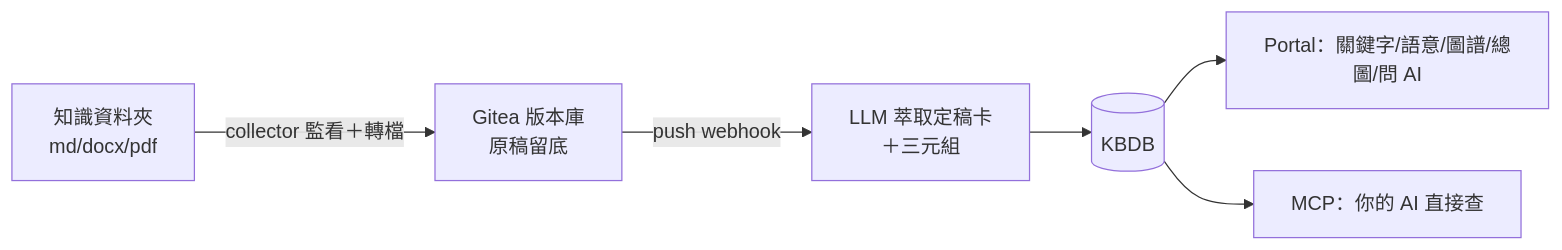
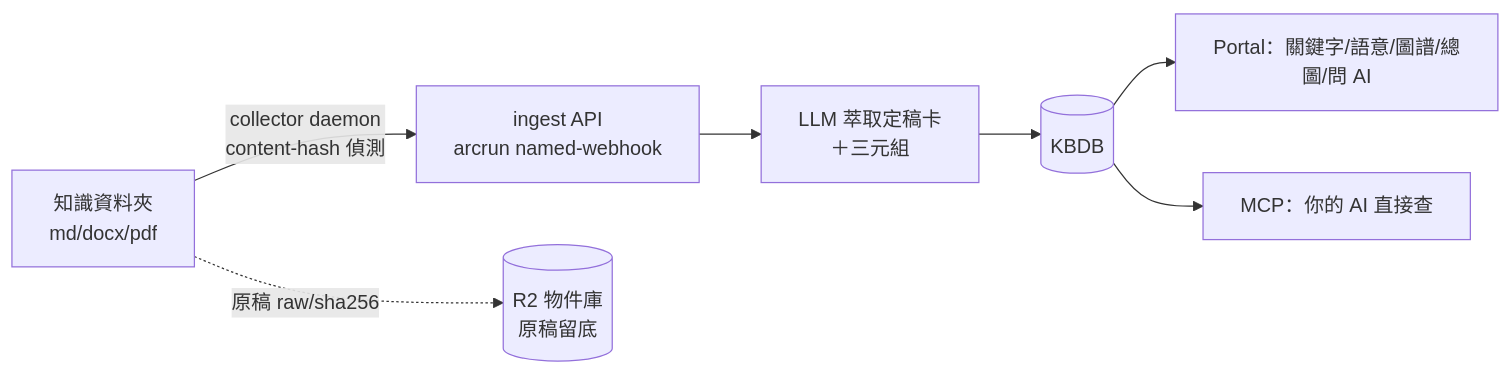
Before and after one commit to youlinhsieh/arcrun-rag: the diagram in README.md, drawn with Mermaid. The commit also changed other lines of this file and 351 other files, not shown here.

````diff
--- a/README.md
+++ b/README.md
@@ -60,8 +61,9 @@
 ```mermaid
 flowchart LR
-    A[知識資料夾<br>md/docx/pdf] -->|collector 監看＋轉檔| B[Gitea 版本庫<br>原稿留底]
-    B -->|push webhook| C[LLM 萃取定稿卡<br>＋三元組]
+    A[知識資料夾<br>md/docx/pdf] -->|collector daemon<br>content-hash 偵測| B[ingest API<br>arcrun named-webhook]
+    A -.->|原稿 raw/sha256| R[(R2 物件庫<br>原稿留底)]
+    B --> C[LLM 萃取定稿卡<br>＋三元組]
     C --> D[(KBDB)]
     D --> E[Portal：關鍵字/語意/圖譜/總圖/問 AI]
     D --> F[MCP：你的 AI 直接查]
 ```
````
